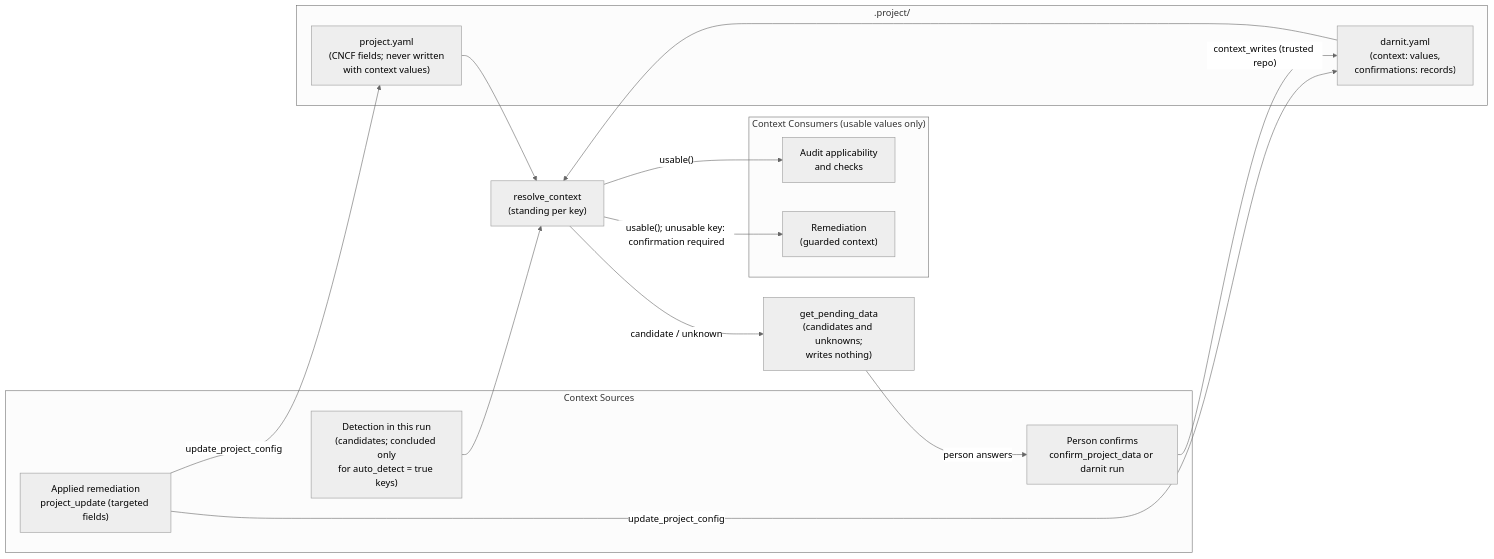
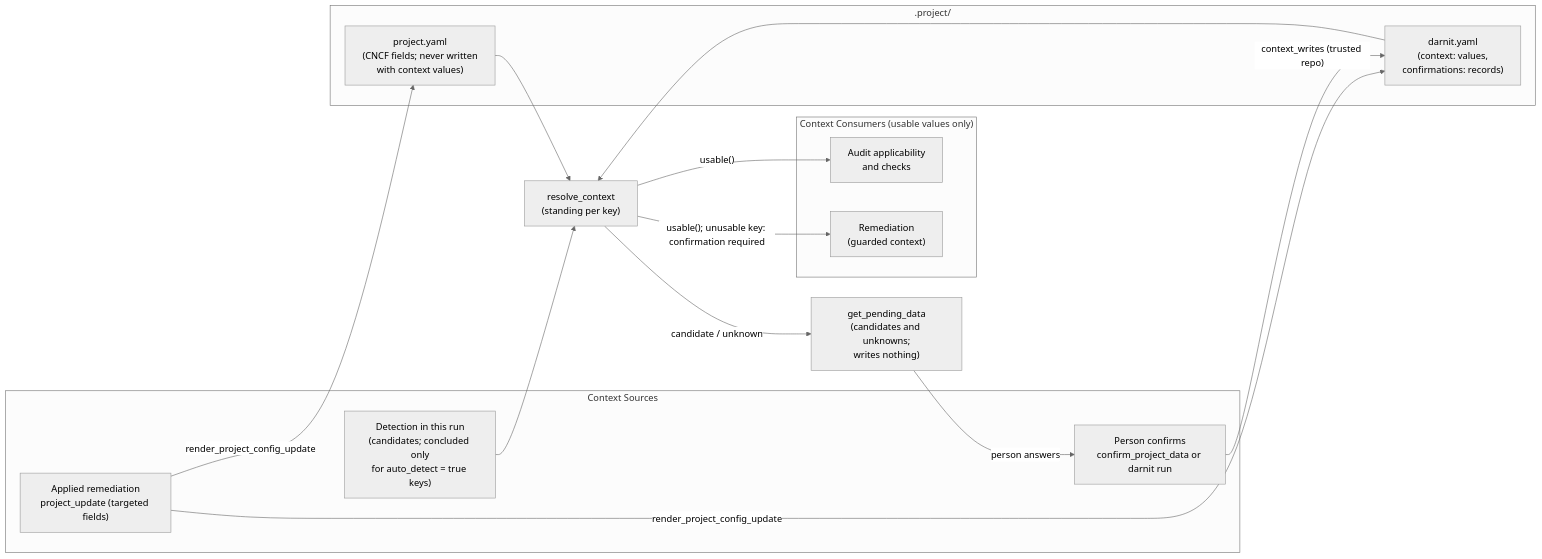
One commit to darnitdevorg/darnit changed the fifth of 6 diagrams in docs/WORKFLOW.md. Above: the diagram before and after it, drawn with Mermaid (neutral theme). The commit also changed 21 other files, not shown here.

````diff
--- a/docs/WORKFLOW.md
+++ b/docs/WORKFLOW.md
@@ -168,35 +168,35 @@
 ```mermaid
 flowchart LR
     subgraph Sources["Context Sources"]
         Detect["Detection in this run<br/>(candidates; concluded only<br/>for auto_detect = true keys)"]
         Person["Person confirms<br/>confirm_project_data or darnit run"]
         Remediation["Applied remediation<br/>project_update (targeted fields)"]
     end
 
     subgraph Store[".project/"]
         Project["project.yaml<br/>(CNCF fields; never written<br/>with context values)"]
         Ext["darnit.yaml<br/>(context: values,<br/>confirmations: records)"]
     end
 
     Resolver["resolve_context<br/>(standing per key)"]
 
     subgraph Consumers["Context Consumers (usable values only)"]
         Sieve["Audit applicability<br/>and checks"]
         Preflight["Remediation<br/>(guarded context)"]
     end
 
     Pending["get_pending_data<br/>(candidates and unknowns;<br/>writes nothing)"]
 
     Person -->|"context_writes (trusted repo)"| Ext
-    Remediation -->|"update_project_config"| Project
-    Remediation -->|"update_project_config"| Ext
+    Remediation -->|"render_project_config_update"| Project
+    Remediation -->|"render_project_config_update"| Ext
 
     Project --> Resolver
     Ext --> Resolver
     Detect --> Resolver
 
     Resolver -->|"usable()"| Sieve
     Resolver -->|"usable(); unusable key: confirmation required"| Preflight
     Resolver -->|"candidate / unknown"| Pending
     Pending -->|"person answers"| Person
 ```
````
